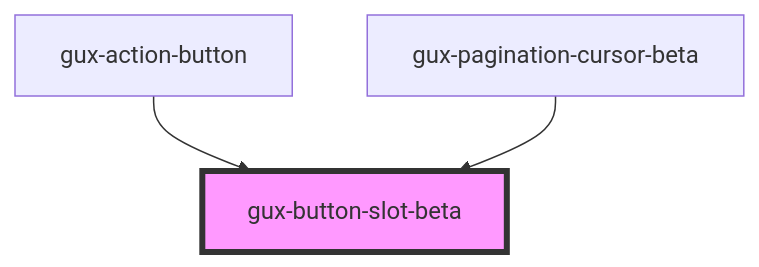
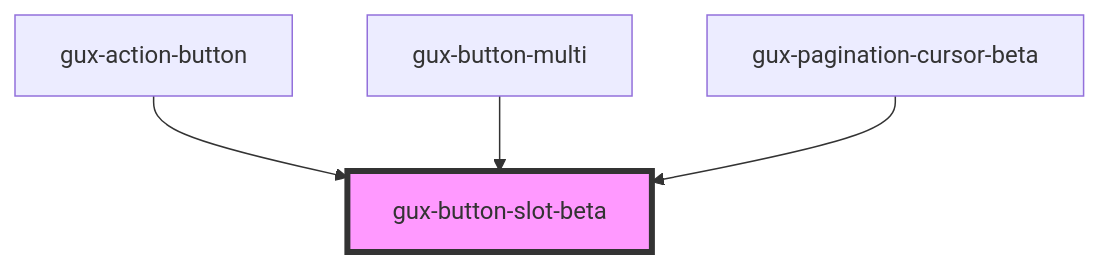
One commit to MyPureCloud/genesys-spark changed the diagram in src/components/beta/gux-button-slot/readme.md. Above: the diagram before and after it, drawn with Mermaid. The commit also changed other lines of this file and 7 other files, not shown here.

First line of the commit message:
feat(gux-button-multi): added gux-button-multi component

````diff
--- a/src/components/beta/gux-button-slot/readme.md
+++ b/src/components/beta/gux-button-slot/readme.md
@@ -27,6 +28,7 @@
 ```mermaid
 graph TD;
   gux-action-button --> gux-button-slot-beta
+  gux-button-multi --> gux-button-slot-beta
   gux-pagination-cursor-beta --> gux-button-slot-beta
   style gux-button-slot-beta fill:#f9f,stroke:#333,stroke-width:4px
 ```
````
